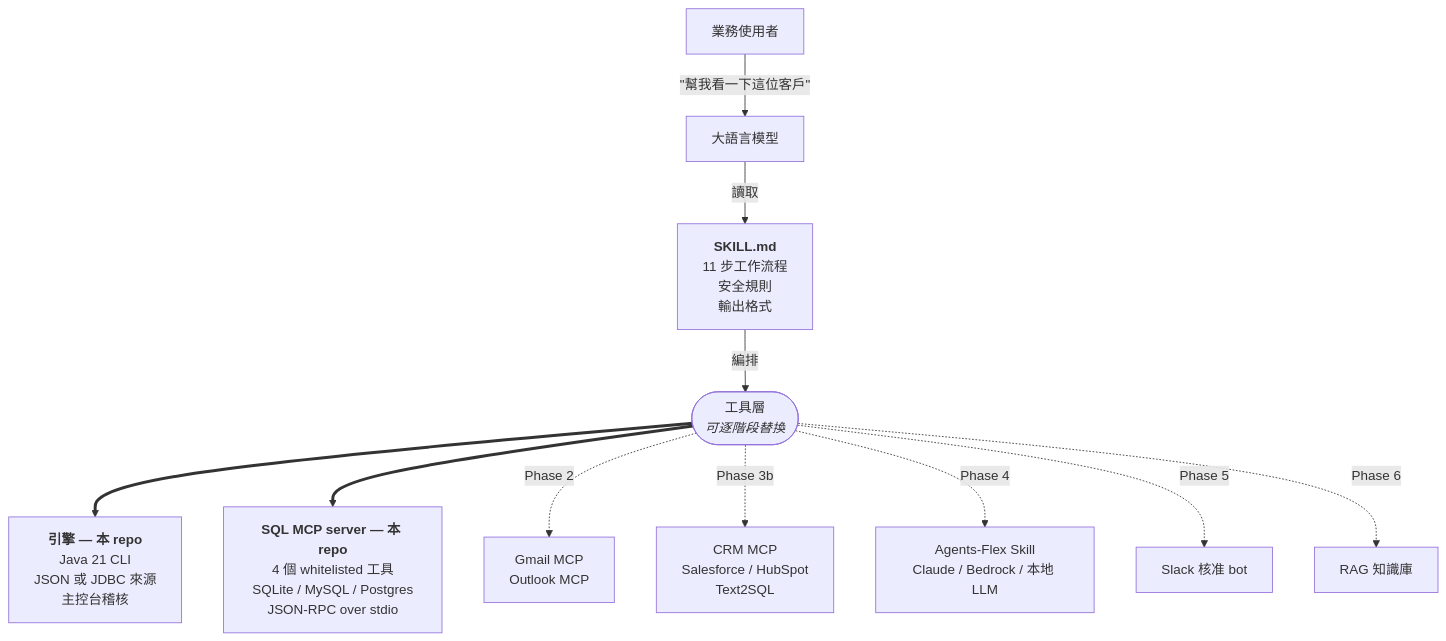
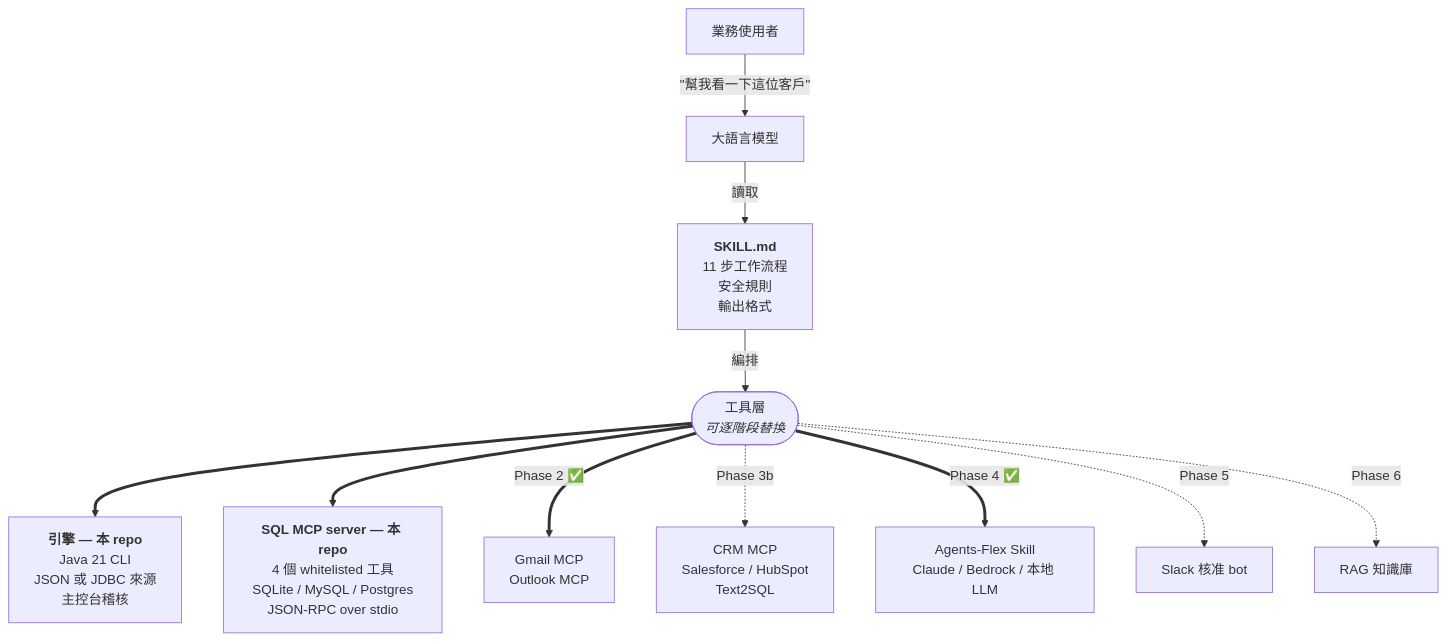
Before and after one commit to xup6jammy/Sales-AI: the first of 3 diagrams in README.zh-TW.md, drawn with Mermaid. The commit also changed other lines of this file and 3 other files, not shown here.

````diff
--- a/README.zh-TW.md
+++ b/README.zh-TW.md
@@ -82,14 +82,14 @@
 ```mermaid
 flowchart TD
     user["業務使用者"] -->|"&quot;幫我看一下這位客戶&quot;"| cc["大語言模型"]
     cc -->|讀取| skill["<b>SKILL.md</b><br/>11 步工作流程<br/>安全規則<br/>輸出格式"]
     skill -->|編排| tools(["工具層<br/><i>可逐階段替換</i>"])
 
     tools ==> mvp["<b>引擎 — 本 repo</b><br/>Java 21 CLI<br/>JSON 或 JDBC 來源<br/>主控台稽核"]
     tools ==> mcp["<b>SQL MCP server — 本 repo</b><br/>4 個 whitelisted 工具<br/>SQLite / MySQL / Postgres<br/>JSON-RPC over stdio"]
-    tools -.->|Phase 2| email["Gmail MCP<br/>Outlook MCP"]
+    tools ==>|Phase 2 ✅| email["Gmail MCP<br/>Outlook MCP"]
     tools -.->|Phase 3b| crm["CRM MCP<br/>Salesforce / HubSpot<br/>Text2SQL"]
-    tools -.->|Phase 4| llm["Agents-Flex Skill<br/>Claude / Bedrock / 本地 LLM"]
+    tools ==>|Phase 4 ✅| llm["Agents-Flex Skill<br/>Claude / Bedrock / 本地 LLM"]
     tools -.->|Phase 5| approve["Slack 核准 bot"]
     tools -.->|Phase 6| rag["RAG 知識庫"]
 ```
````
